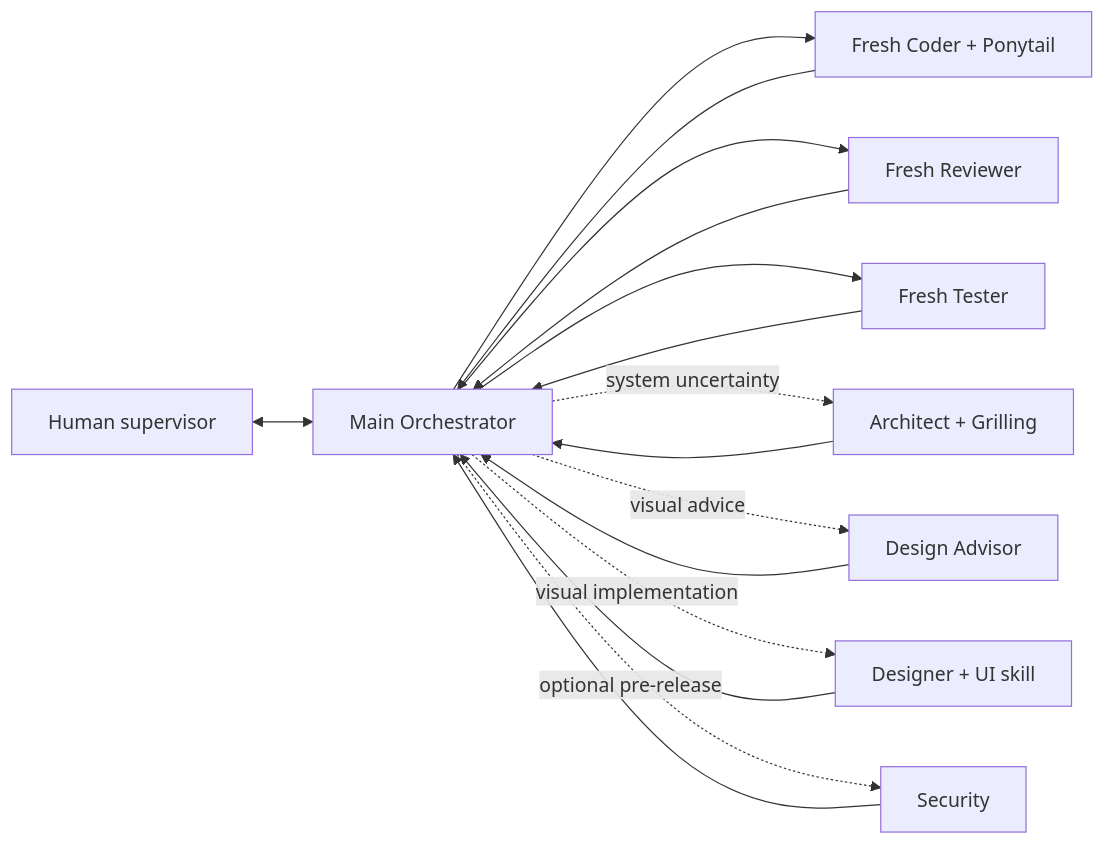
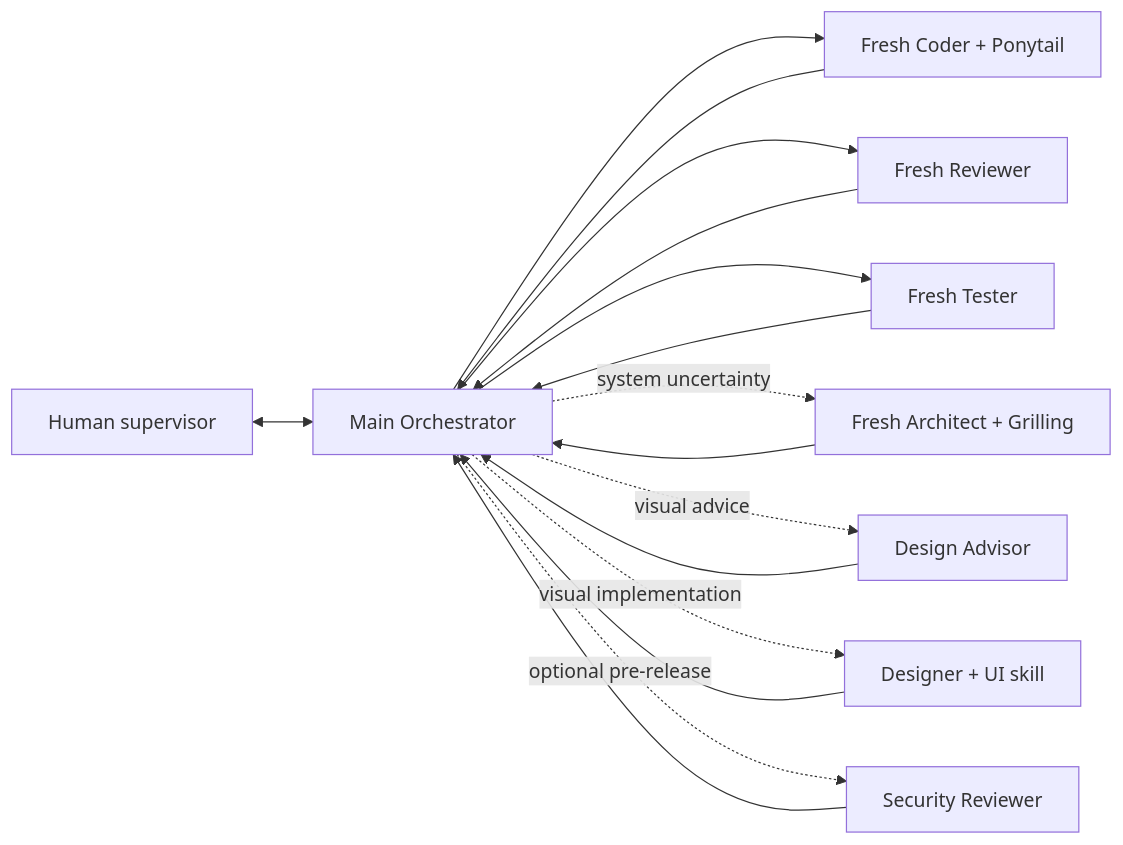
Before and after one commit to Pavan-Gopa/Pavans-Workflow: the diagram in README.md, drawn with Mermaid. The commit also changed other lines of this file and 14 other files, not shown here.

````diff
--- a/README.md
+++ b/README.md
@@ -84,18 +53,18 @@
 ```mermaid
 flowchart LR
-    H[Human supervisor] <--> O[Main Orchestrator]
-    O --> C[Fresh Coder + Ponytail]
-    C --> O
-    O --> R[Fresh Reviewer]
-    R --> O
-    O --> T[Fresh Tester]
-    T --> O
-    O -. system uncertainty .-> A[Architect + Grilling]
-    A --> O
-    O -. visual advice .-> DA[Design Advisor]
-    DA --> O
-    O -. visual implementation .-> D[Designer + UI skill]
-    D --> O
-    O -. optional pre-release .-> S[Security]
-    S --> O
+    H[Human supervisor] <--> M[Main Orchestrator]
+    M --> C[Fresh Coder + Ponytail]
+    C --> M
+    M --> R[Fresh Reviewer]
+    R --> M
+    M --> T[Fresh Tester]
+    T --> M
+    M -. system uncertainty .-> A[Fresh Architect + Grilling]
+    A --> M
+    M -. visual advice .-> DA[Design Advisor]
+    DA --> M
+    M -. visual implementation .-> D[Designer + UI skill]
+    D --> M
+    M -. optional pre-release .-> S[Security Reviewer]
+    S --> M
 ```
````
